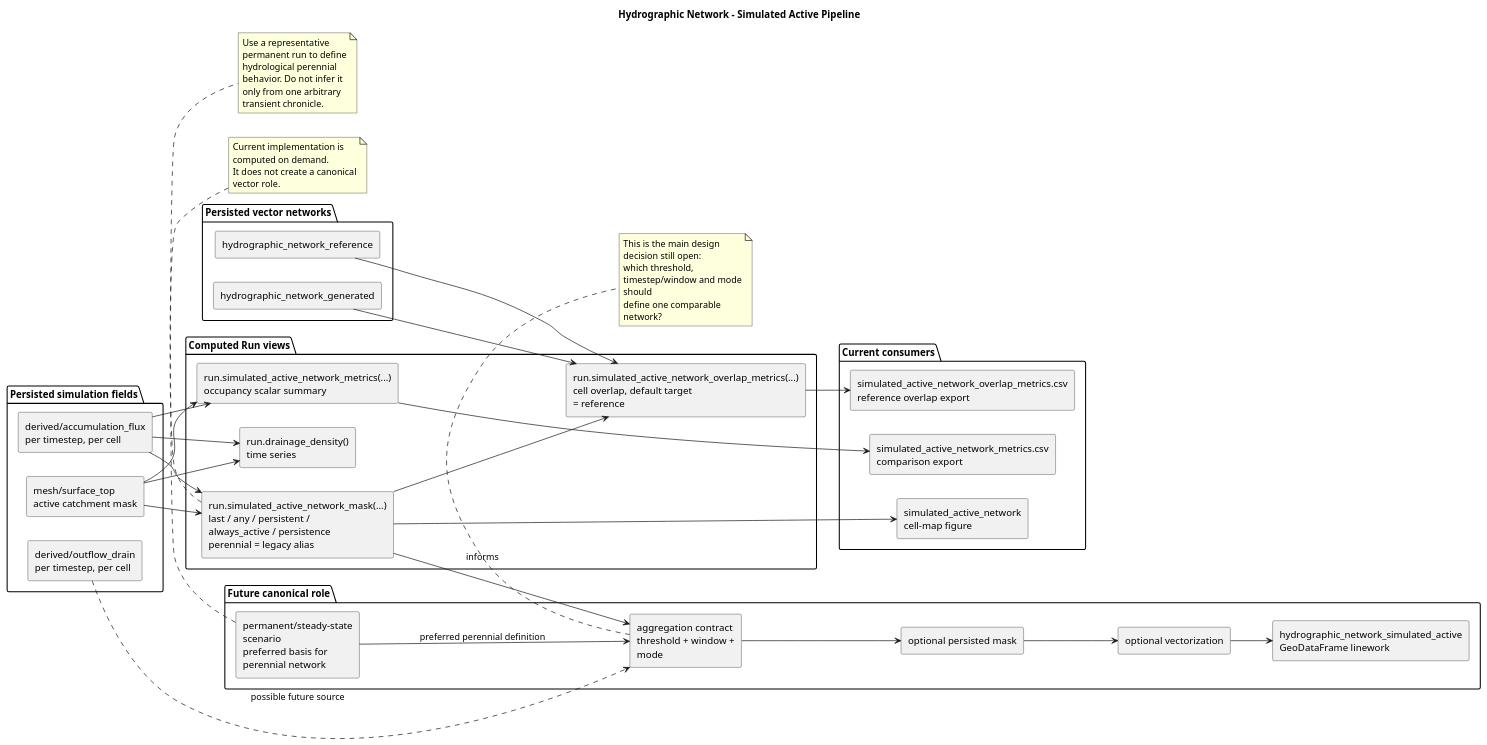
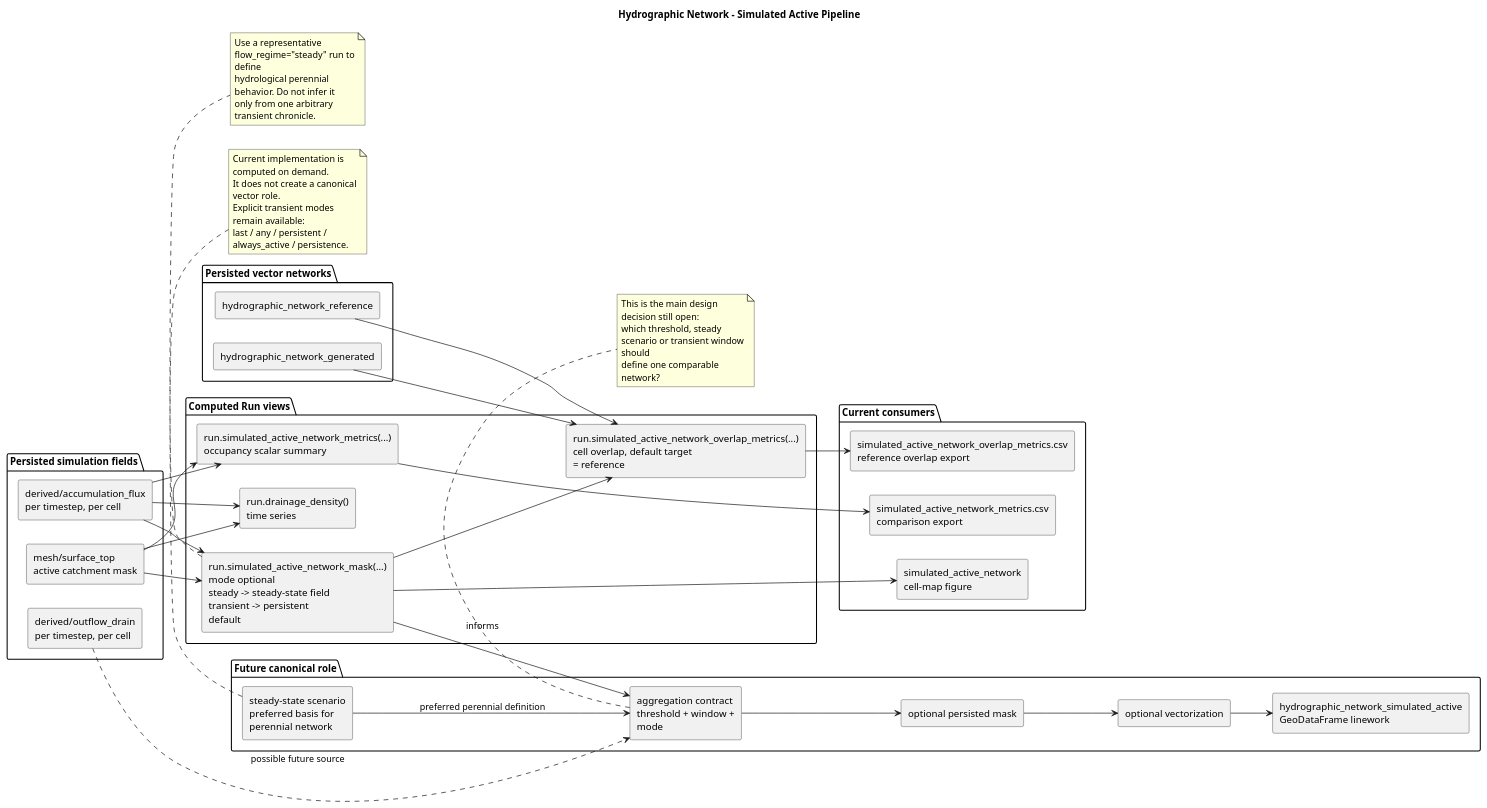
One commit to HydroModPy/HydroModPy changed the diagram in docs/readthedocs/source/architecture/overview/diagrams/hydrographic_network_simulated_active_pipeline.wsd. Above: the diagram before and after it, drawn with PlantUML. The commit also changed 93 other files, not shown here.

```diff
--- a/docs/readthedocs/source/architecture/overview/diagrams/hydrographic_network_simulated_active_pipeline.wsd
+++ b/docs/readthedocs/source/architecture/overview/diagrams/hydrographic_network_simulated_active_pipeline.wsd
@@ -1,76 +1,78 @@
 @startuml
 title Hydrographic Network - Simulated Active Pipeline
 left to right direction
 skinparam componentStyle rectangle
 skinparam wrapWidth 180
 
 package "Persisted simulation fields" {
   component "derived/accumulation_flux\nper timestep, per cell" as AccumulationFlux
   component "derived/outflow_drain\nper timestep, per cell" as OutflowDrain
   component "mesh/surface_top\nactive catchment mask" as SurfaceTop
 }
 
 package "Computed Run views" {
-  component "run.simulated_active_network_mask(...)\nlast / any / persistent / always_active / persistence\nperennial = legacy alias" as ActiveMask
+  component "run.simulated_active_network_mask(...)\nmode optional\nsteady -> steady-state field\ntransient -> persistent default" as ActiveMask
   component "run.simulated_active_network_metrics(...)\noccupancy scalar summary" as ActiveMetrics
   component "run.simulated_active_network_overlap_metrics(...)\ncell overlap, default target = reference" as OverlapMetrics
   component "run.drainage_density()\ntime series" as DrainageDensity
 }
 
 package "Current consumers" {
   component "simulated_active_network\ncell-map figure" as ActiveFigure
   component "simulated_active_network_metrics.csv\ncomparison export" as MetricsExport
   component "simulated_active_network_overlap_metrics.csv\nreference overlap export" as OverlapExport
 }
 
 package "Persisted vector networks" {
   component "hydrographic_network_reference" as ReferenceNetwork
   component "hydrographic_network_generated" as GeneratedNetwork
 }
 
 package "Future canonical role" {
   component "aggregation contract\nthreshold + window + mode" as Contract
-  component "permanent/steady-state scenario\npreferred basis for perennial network" as PermanentScenario
+  component "steady-state scenario\npreferred basis for perennial network" as SteadyScenario
   component "optional persisted mask" as PersistedMask
   component "optional vectorization" as Vectorization
   component "hydrographic_network_simulated_active\nGeoDataFrame linework" as SimulatedActiveRole
 }
 
 AccumulationFlux --> ActiveMask
 SurfaceTop --> ActiveMask
 AccumulationFlux --> ActiveMetrics
 SurfaceTop --> ActiveMetrics
 AccumulationFlux --> DrainageDensity
 SurfaceTop --> DrainageDensity
 OutflowDrain ..> Contract : possible future source
 
 ActiveMask --> ActiveFigure
 ActiveMetrics --> MetricsExport
 ActiveMask --> OverlapMetrics
 ReferenceNetwork --> OverlapMetrics
 GeneratedNetwork --> OverlapMetrics
 OverlapMetrics --> OverlapExport
 
 ActiveMask --> Contract : informs
-PermanentScenario --> Contract : preferred perennial definition
+SteadyScenario --> Contract : preferred perennial definition
 Contract --> PersistedMask
 PersistedMask --> Vectorization
 Vectorization --> SimulatedActiveRole
 
 note bottom of ActiveMask
 Current implementation is computed on demand.
 It does not create a canonical vector role.
+Explicit transient modes remain available:
+last / any / persistent / always_active / persistence.
 end note
 
 note bottom of Contract
 This is the main design decision still open:
-which threshold, timestep/window and mode should
+which threshold, steady scenario or transient window should
 define one comparable network?
 end note
 
-note bottom of PermanentScenario
-Use a representative permanent run to define
+note bottom of SteadyScenario
+Use a representative flow_regime="steady" run to define
 hydrological perennial behavior. Do not infer it
 only from one arbitrary transient chronicle.
 end note
 @enduml
```
